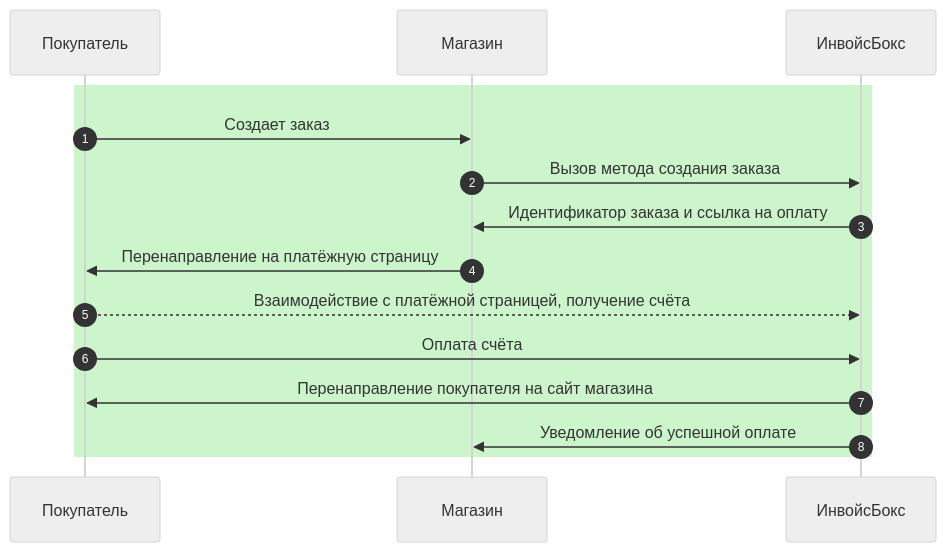
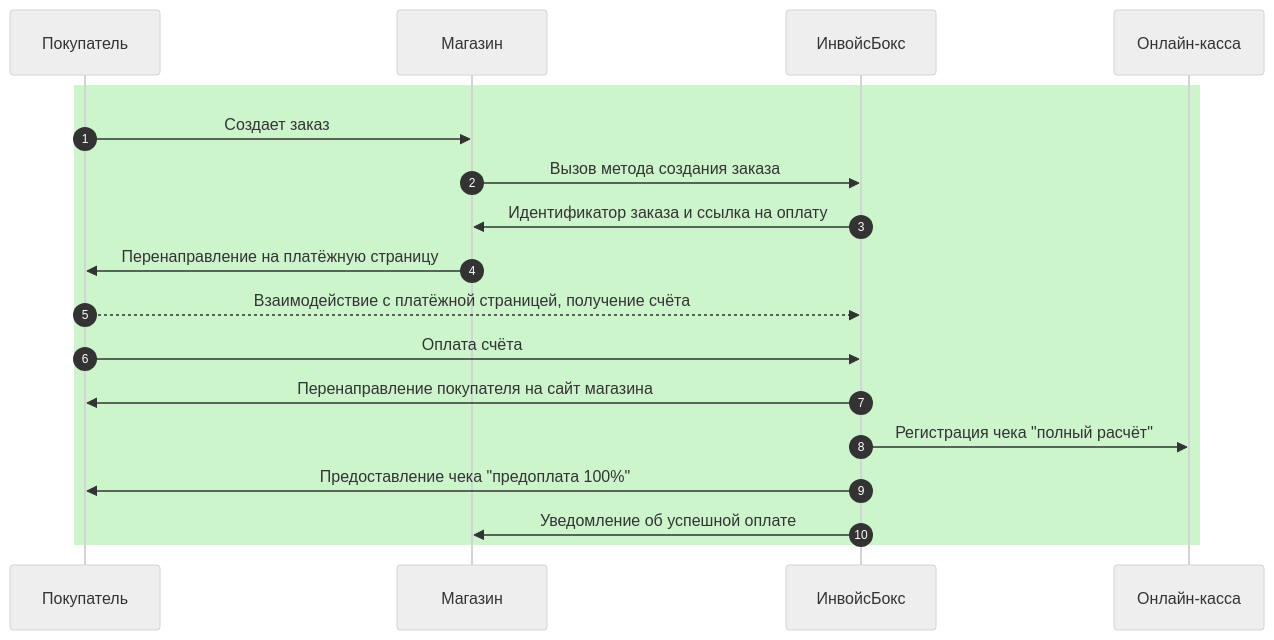
One commit to YIGRIKY/invoicebox-docs changed the first of 3 diagrams in docs/schema.md. Above: the diagram before and after it, drawn with Mermaid (neutral theme). The commit also changed other lines of this file, not shown here.

```diff
--- a/docs/schema.md
+++ b/docs/schema.md
@@ -11,17 +11,20 @@
 <div class="mermaid">
 sequenceDiagram
     autonumber
     participant Покупатель
     participant Магазин
     participant ИнвойсБокс 
+    participant Онлайн-касса
     rect rgb(204, 245, 204)
       Покупатель->>Магазин: Создает заказ
       Магазин->>ИнвойсБокс: Вызов метода создания заказа
       ИнвойсБокс->>Магазин: Идентификатор заказа и ссылка на оплату
       Магазин->>Покупатель: Перенаправление на платёжную страницу
       Покупатель-->>ИнвойсБокс: Взаимодействие с платёжной страницей, получение счёта
       Покупатель->>ИнвойсБокс: Оплата счёта
       ИнвойсБокс->>Покупатель: Перенаправление покупателя на сайт магазина
+      ИнвойсБокс->>Онлайн-касса: Регистрация чека "полный расчёт"
+      ИнвойсБокс->>Покупатель: Предоставление чека "предоплата 100%"
       ИнвойсБокс->>Магазин: Уведомление об успешной оплате
     end
 </div>
```
